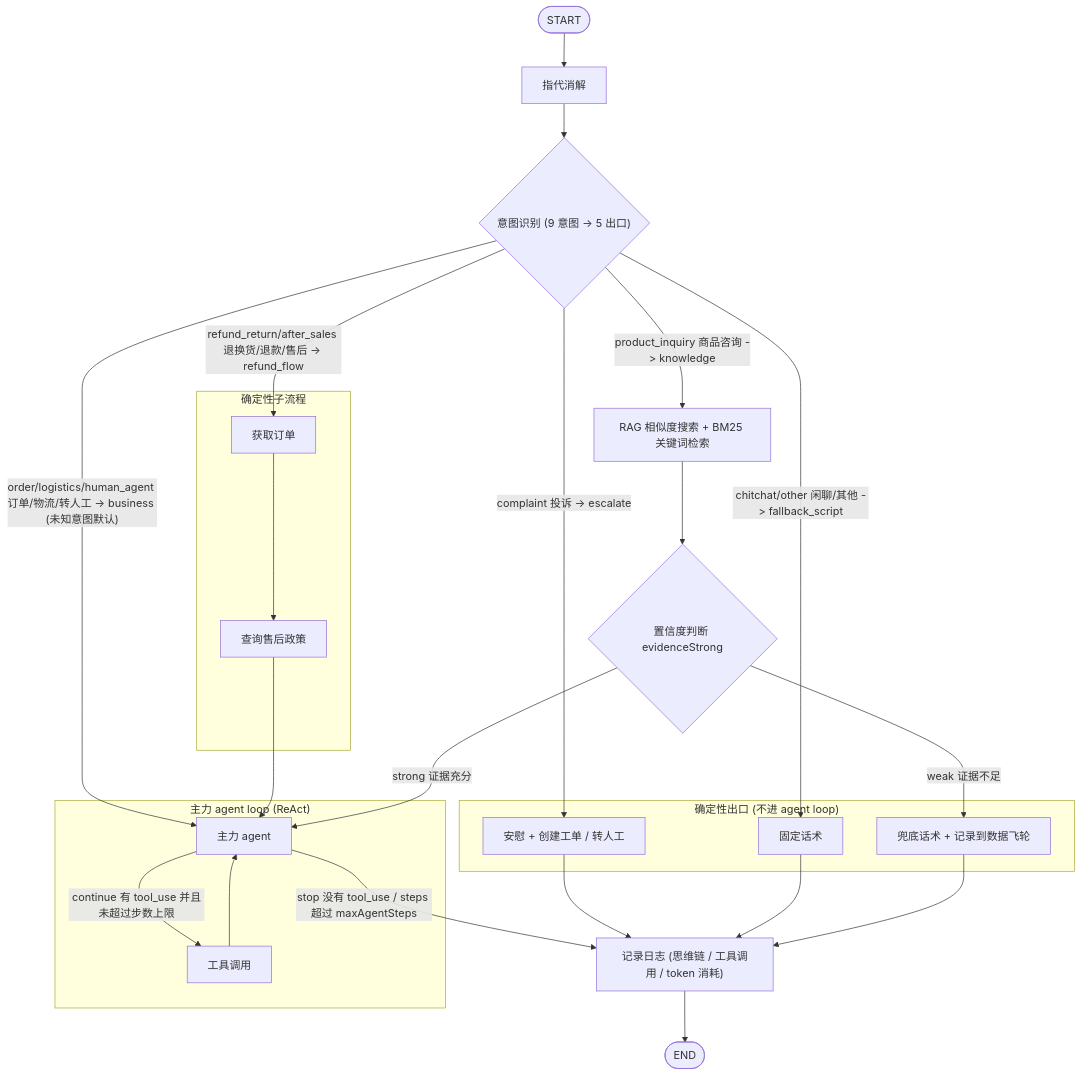
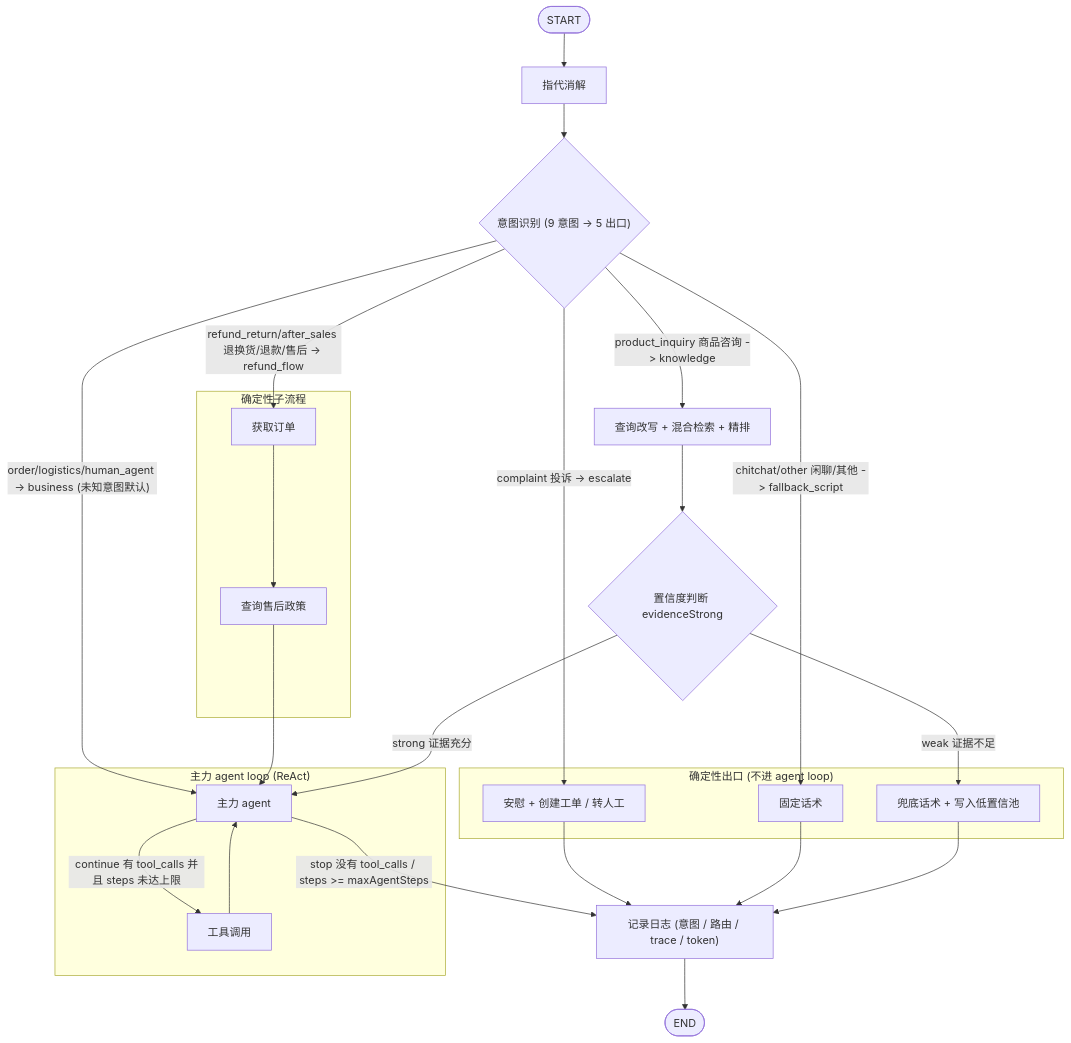
Before and after one commit to yukino-js/26autumn: the diagram in content/docs/yukino-ecomm-agent/workflow.md, drawn with Mermaid. The commit also changed other lines of this file and 78 other files, not shown here.

````diff
--- a/content/docs/yukino-ecomm-agent/workflow.md
+++ b/content/docs/yukino-ecomm-agent/workflow.md
@@ -90,42 +139,42 @@
 ```mermaid
 %%{init: {'themeVariables': {'fontFamily': 'Yukino, Maple Mono, Menlo, Cascadia Code, Sarasa Gothic SC, PingFang SC, Microsoft YaHei'}}}%%
 flowchart TD
   START([START]) --> resolve_reference["指代消解"]
   resolve_reference --> classify_intent{"意图识别 (9 意图 -> 5 出口)"}
 
   subgraph react["主力 agent loop (ReAct)"]
     main_agent["主力 agent"]
     agent_tools["工具调用"]
-    main_agent -->|"continue 有 tool_use 并且未超过步数上限"| agent_tools
+    main_agent -->|"continue 有 tool_calls 并且 steps 未达上限"| agent_tools
     agent_tools --> main_agent
   end
 
   subgraph refund["确定性子流程"]
     fetch_order["获取订单"] --> retrieve_policy["查询售后政策"]
   end
 
   subgraph exits["确定性出口 (不进 agent loop)"]
     complaint_reply["安慰 + 创建工单 / 转人工"]
     script_reply["固定话术"]
-    fallback_reply["兜底话术 + 记录到数据飞轮"]
+    fallback_reply["兜底话术 + 写入低置信池"]
   end
 
   classify_intent -->|"complaint 投诉 -> escalate"| complaint_reply
   classify_intent -->|"chitchat/other 闲聊/其他 -> fallback_script"| script_reply
-  classify_intent -->|"product_inquiry 商品咨询 -> knowledge"| retrieve_knowledge["RAG 相似度搜索 + BM25 关键词检索"]
+  classify_intent -->|"product_inquiry 商品咨询 -> knowledge"| retrieve_knowledge["查询改写 + 混合检索 + 精排"]
   classify_intent -->|"refund_return/after_sales 退换货/退款/售后 -> refund_flow"| fetch_order
-  classify_intent -->|"order/logistics/human_agent 订单/物流/转人工 -> business (未知意图默认)"| main_agent
+  classify_intent -->|"order/logistics/human_agent -> business (未知意图默认)"| main_agent
 
   retrieve_policy --> main_agent
 
   retrieve_knowledge --> confidence_check{"置信度判断 evidenceStrong"}
   confidence_check -->|"strong 证据充分"| main_agent
   confidence_check -->|"weak 证据不足"| fallback_reply
 
-  main_agent -->|"stop 没有 tool_use / steps 超过 maxAgentSteps"| log
+  main_agent -->|"stop 没有 tool_calls / steps >= maxAgentSteps"| log
 
   complaint_reply --> log
   script_reply --> log
   fallback_reply --> log
-  log["记录日志 (思维链 / 工具调用 / token 消耗)"] --> END([END])
+  log["记录日志 (意图 / 路由 / trace / token)"] --> END([END])
 ```
````
